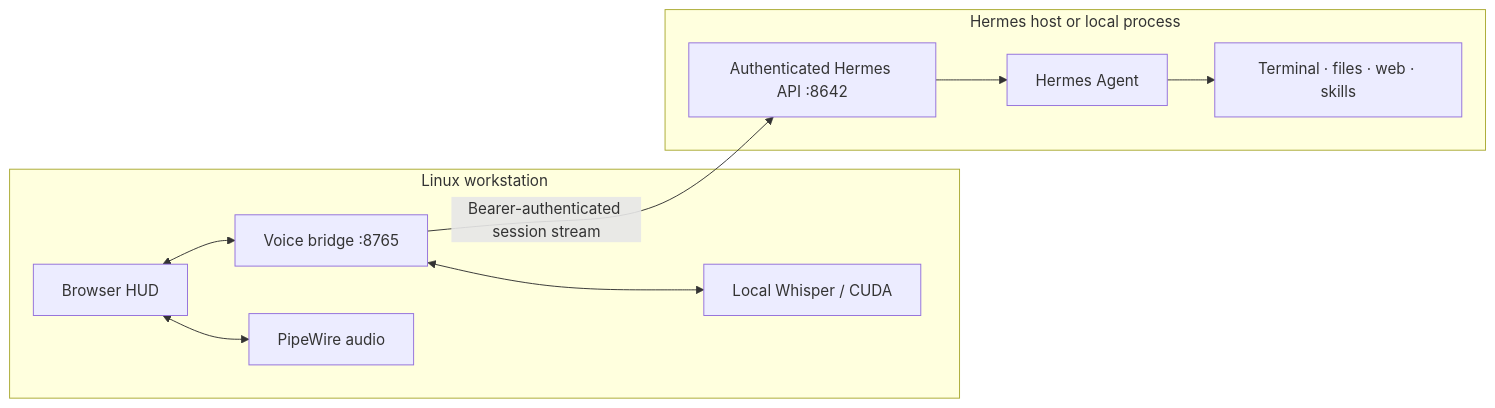
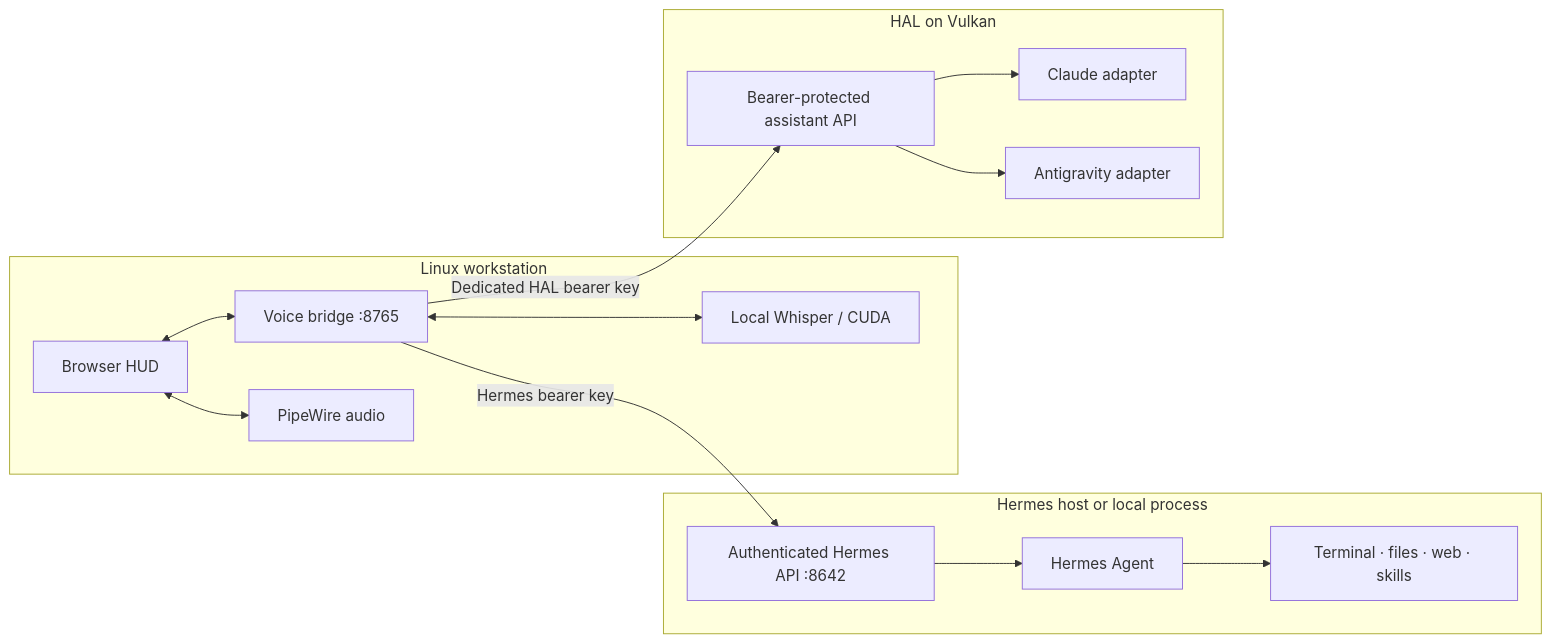
One commit to tfcollins/hermes-voice changed the second of 2 diagrams in docs/architecture.md. Above: the diagram before and after it, drawn with Mermaid. The commit also changed other lines of this file and 17 other files, not shown here.

````diff
--- a/docs/architecture.md
+++ b/docs/architecture.md
@@ -95,21 +110,30 @@
 ```mermaid
 flowchart LR
     subgraph Workstation[Linux workstation]
         UI[Browser HUD]
         Bridge[Voice bridge :8765]
         STT[Local Whisper / CUDA]
         Audio[PipeWire audio]
         UI <--> Audio
         UI <--> Bridge
         Bridge <--> STT
     end
 
     subgraph AgentHost[Hermes host or local process]
         API[Authenticated Hermes API :8642]
         Agent[Hermes Agent]
         Tools[Terminal · files · web · skills]
         API --> Agent --> Tools
     end
 
-    Bridge -->|Bearer-authenticated session stream| API
+    subgraph HALHost[HAL on Vulkan]
+        HALAPI[Bearer-protected assistant API]
+        Claude[Claude adapter]
+        AGY[Antigravity adapter]
+        HALAPI --> Claude
+        HALAPI --> AGY
+    end
+
+    Bridge -->|Hermes bearer key| API
+    Bridge -->|Dedicated HAL bearer key| HALAPI
 ```
````
